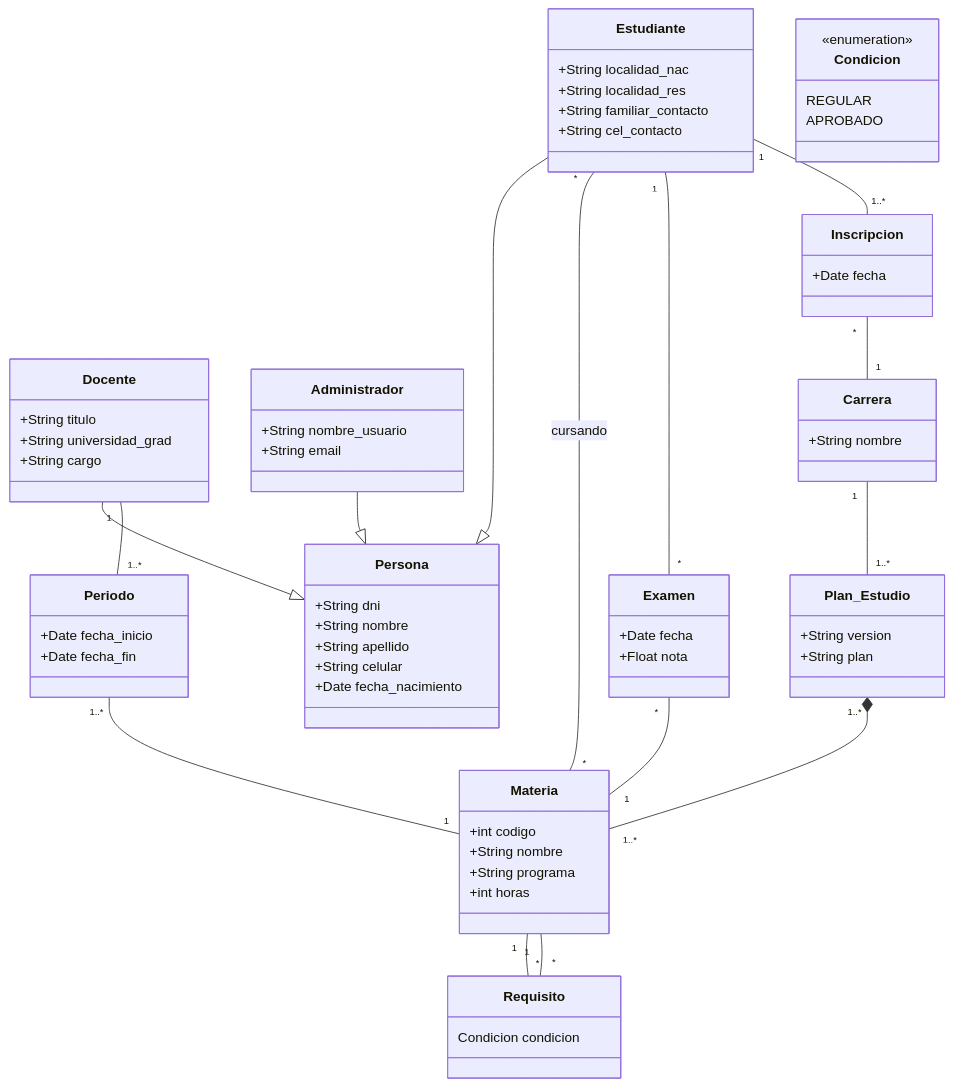
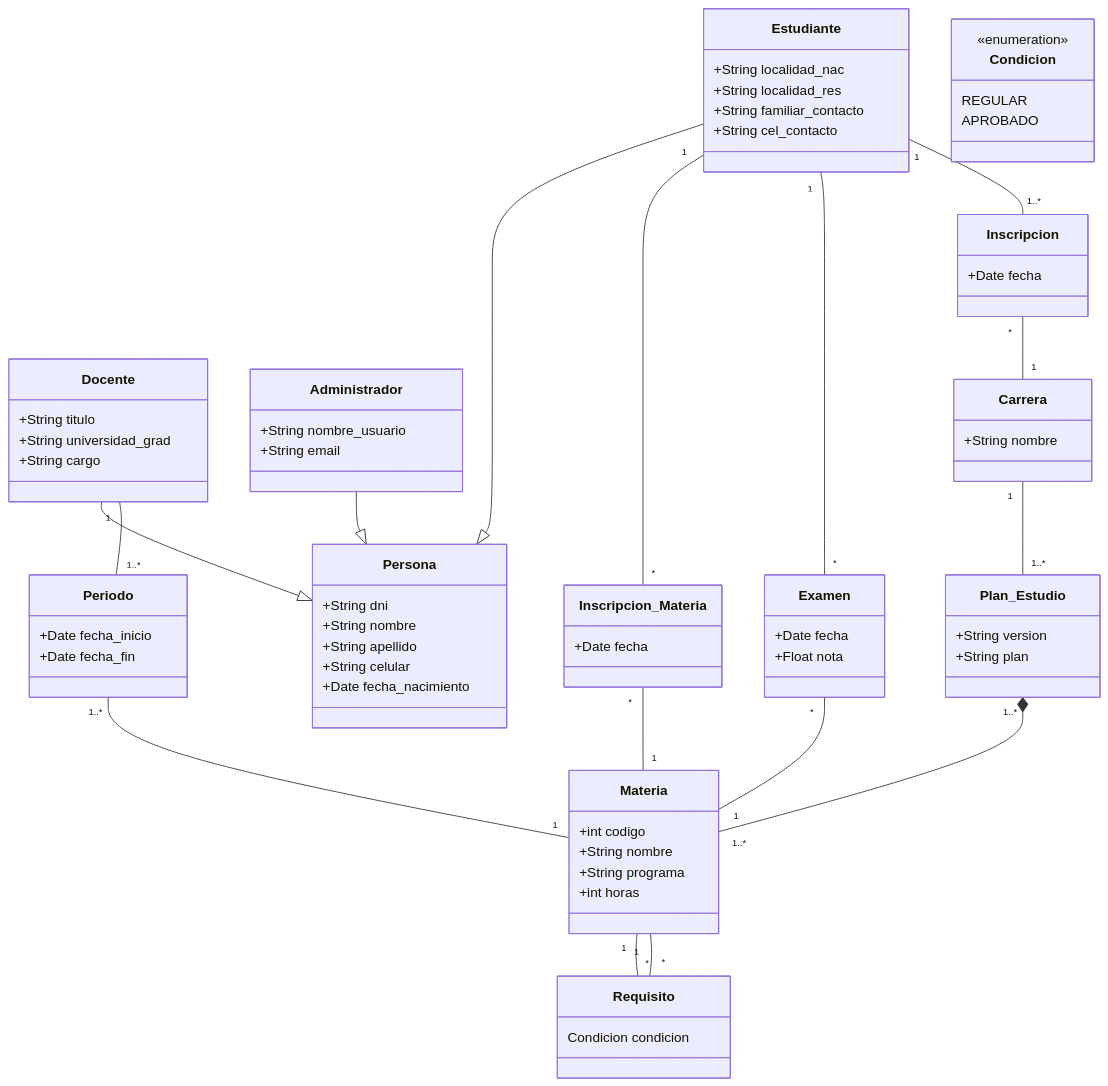
The diagram in Class_diagram.md (Ingenieria-Software-2/is2_2026_trabajo_integrador), drawn with Mermaid before and after one commit.

Commit message:
Update class diagram with Inscripcion_Materia relations

```diff
--- a/Class_diagram.md
+++ b/Class_diagram.md
@@ -25,6 +25,9 @@
     class Periodo {
         +Date fecha_inicio
         +Date fecha_fin
+    }
+    class Inscripcion_Materia {
+        +Date fecha
     }
     class Examen {
         +Date fecha
@@ -61,7 +64,8 @@
     Estudiante --|> Persona
 
     %% Relaciones
-    Estudiante "*" -- "*" Materia : cursando
+    Estudiante "1" -- "*" Inscripcion_Materia
+    Inscripcion_Materia "*" -- "1" Materia
     Plan_Estudio "1..*" *-- "1..*" Materia
     Carrera "1" -- "1..*" Plan_Estudio
 
```
